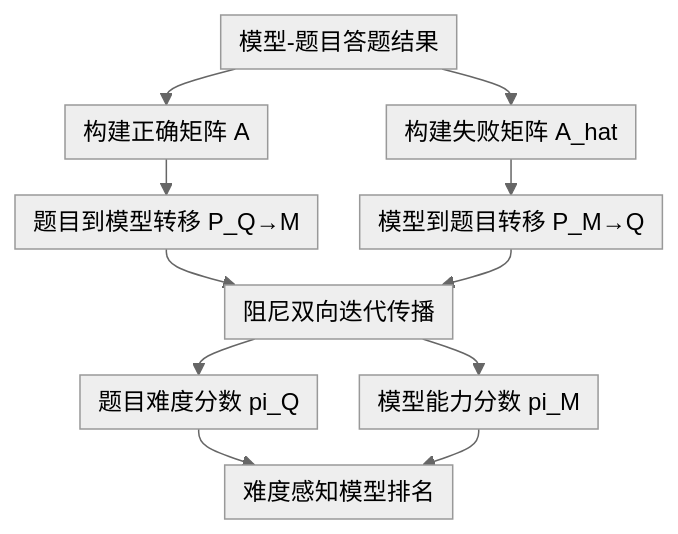
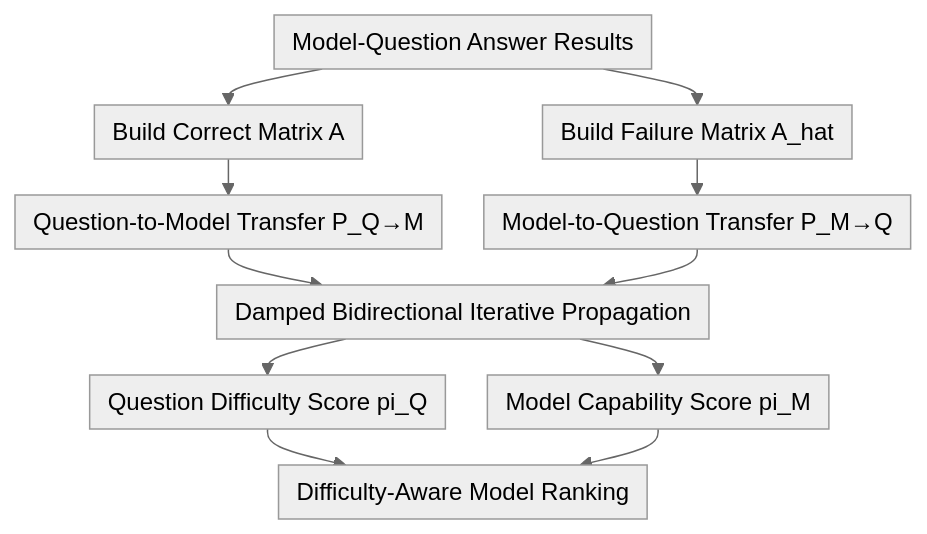
The diagram in docs/ICLR2026/llm_evaluation/eip_weighted_ranking_of_llms_by_quantifying_question_difficulty.md (zhaoyang97/Paper-Notes-en), drawn with Mermaid (neutral theme) before and after one commit. The commit also changed 644 other files, not shown here.

````diff
--- a/docs/ICLR2026/llm_evaluation/eip_weighted_ranking_of_llms_by_quantifying_question_difficulty.md
+++ b/docs/ICLR2026/llm_evaluation/eip_weighted_ranking_of_llms_by_quantifying_question_difficulty.md
@@ -49,14 +49,14 @@
 ```mermaid
 %%{init: {'flowchart': {'rankSpacing': 24, 'nodeSpacing': 28, 'padding': 6, 'wrappingWidth': 400}}}%%
 flowchart TD
-	A[模型-题目答题结果] --> B[构建正确矩阵 A]
-	A --> C[构建失败矩阵 A_hat]
-	B --> D[题目到模型转移 P_Q→M]
-	C --> E[模型到题目转移 P_M→Q]
-	D --> F[阻尼双向迭代传播]
+	A["Model-Question Answer Results"] --> B["Build Correct Matrix A"]
+	A --> C["Build Failure Matrix A_hat"]
+	B --> D["Question-to-Model Transfer P_Q→M"]
+	C --> E["Model-to-Question Transfer P_M→Q"]
+	D --> F["Damped Bidirectional Iterative Propagation"]
 	E --> F
-	F --> G[题目难度分数 pi_Q]
-	F --> H[模型能力分数 pi_M]
-	G --> I[难度感知模型排名]
+	F --> G["Question Difficulty Score pi_Q"]
+	F --> H["Model Capability Score pi_M"]
+	G --> I["Difficulty-Aware Model Ranking"]
 	H --> I
 ```
````
